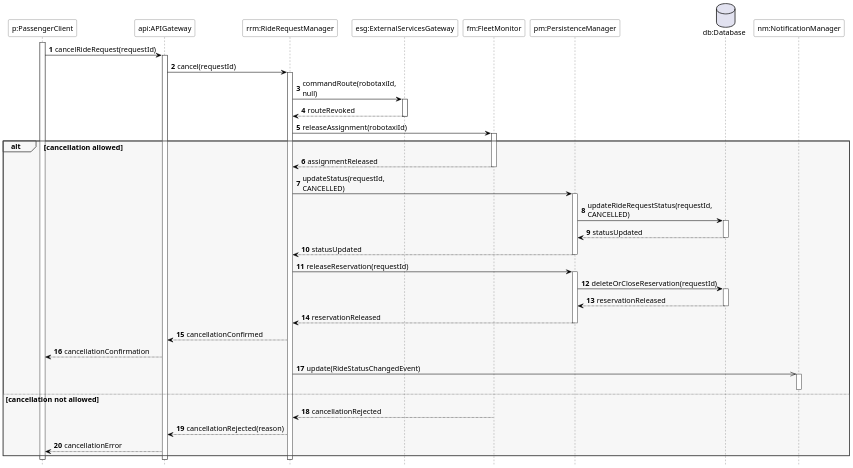
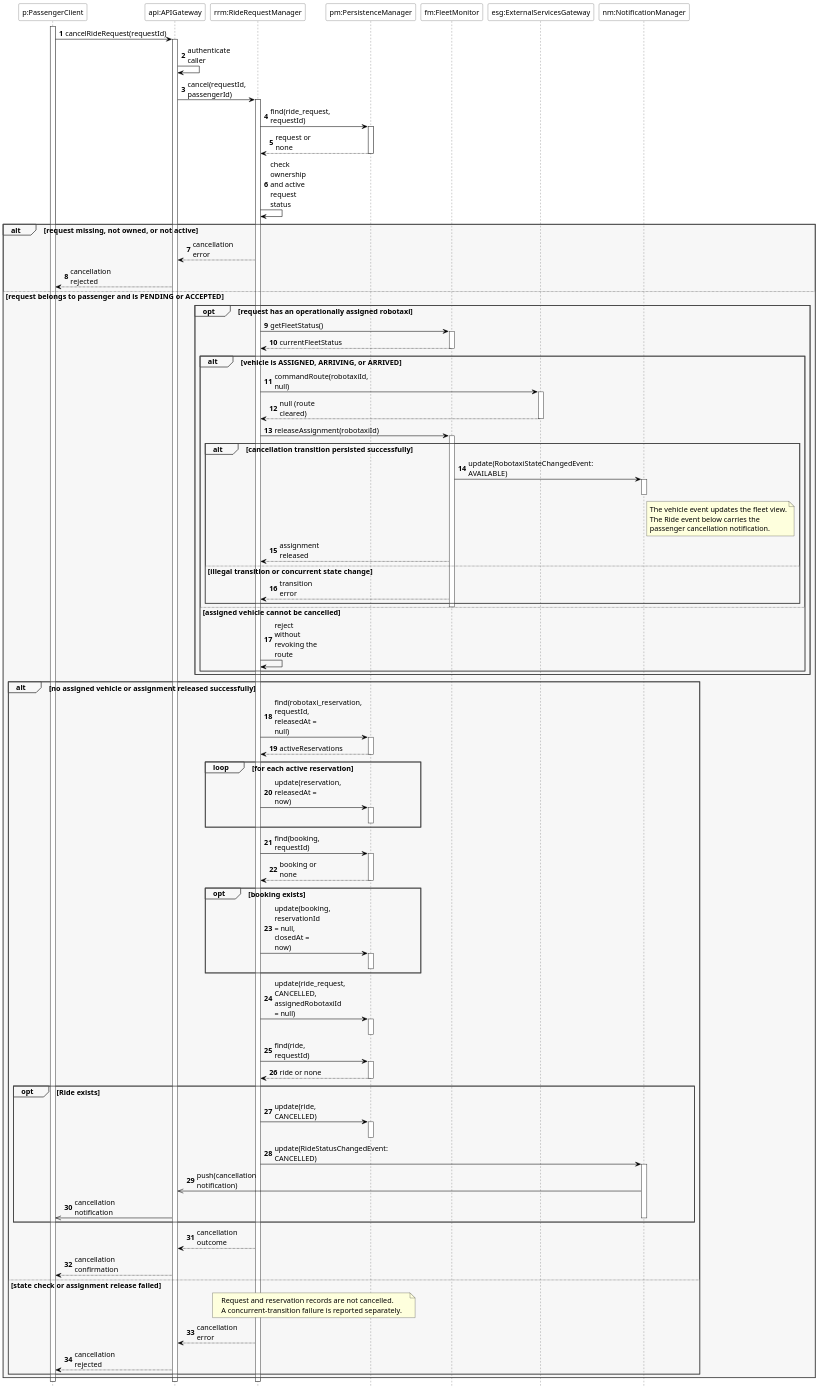
One commit to meggie-0/SE4A_ROAd_MargheritaBertipaglia_DavidCazzaniga_PasqualeIgnarra_Project changed the diagram in DD/diagrams/sequence_diagrams/cancellation.puml. Above: the diagram before and after it, drawn with PlantUML. The commit also changed 45 other files, not shown here.

```diff
--- a/DD/diagrams/sequence_diagrams/cancellation.puml
+++ b/DD/diagrams/sequence_diagrams/cancellation.puml
@@ -1,118 +1,160 @@
 @startuml
 
 skinparam backgroundColor white
 skinparam shadowing false
 skinparam defaultFontName Arial
 skinparam defaultFontSize 14
 skinparam dpi 150
 skinparam maxMessageSize 90
 
 skinparam sequence {
     ArrowColor black
     LifeLineBorderColor #444444
     LifeLineBackgroundColor white
-
     ParticipantBorderColor #444444
     ParticipantBackgroundColor white
     ParticipantFontColor black
-
     GroupBorderColor #444444
     GroupBackgroundColor #F7F7F7
-
     DividerBorderColor #444444
     DividerBackgroundColor #F2F2F2
 }
 
 <style>
 sequenceDiagram {
   participant {
     Padding 20
   }
-
   group {
     Padding 10
     BackgroundColor #F7F7F7
     LineColor #444444
   }
-
   lifeLine {
     LineColor #444444
     BackgroundColor white
   }
-
   arrow {
     LineColor black
   }
 }
 </style>
 
 hide footbox
 autonumber
 
+' Component-level view: arguments and returned DTOs are abbreviated.
+' PersistenceManager includes database access; its internal SQL is omitted.
+' Internal helper work is grouped under the component that owns it.
+' Calls to update(event) include subject notification where applicable.
+' WebSocket delivery uses the sessions registered by the API Gateway.
+
 participant "p:PassengerClient" as P
 participant "api:APIGateway" as API
 participant "rrm:RideRequestManager" as RRM
+participant "pm:PersistenceManager" as PM
+participant "fm:FleetMonitor" as FM
 participant "esg:ExternalServicesGateway" as ESG
-participant "fm:FleetMonitor" as FM
-participant "pm:PersistenceManager" as PM
-database "db:Database" as DB
 participant "nm:NotificationManager" as NM
 
 activate P
-
 P -> API : cancelRideRequest(requestId)
 activate API
+API -> API : authenticate caller
+API -> RRM : cancel(requestId, passengerId)
+activate RRM
+RRM -> PM : find(ride_request, requestId)
+activate PM
+PM --> RRM : request or none
+deactivate PM
+RRM -> RRM : check ownership and active request status
 
-API -> RRM : cancel(requestId)
-activate RRM
+alt request missing, not owned, or not active
+    RRM --> API : cancellation error
+    API --> P : cancellation rejected
+else request belongs to passenger and is PENDING or ACCEPTED
+    opt request has an operationally assigned robotaxi
+        RRM -> FM : getFleetStatus()
+        activate FM
+        FM --> RRM : currentFleetStatus
+        deactivate FM
 
-RRM -> ESG : commandRoute(robotaxiId, null)
-activate ESG
-ESG --> RRM : routeRevoked
-deactivate ESG
+        alt vehicle is ASSIGNED, ARRIVING, or ARRIVED
+            RRM -> ESG : commandRoute(robotaxiId, null)
+            activate ESG
+            ESG --> RRM : null (route cleared)
+            deactivate ESG
+            RRM -> FM : releaseAssignment(robotaxiId)
+            activate FM
+            alt cancellation transition persisted successfully
+                FM -> NM : update(RobotaxiStateChangedEvent: AVAILABLE)
+                activate NM
+                note right of NM
+                    The vehicle event updates the fleet view.
+                    The Ride event below carries the
+                    passenger cancellation notification.
+                end note
+                deactivate NM
+                FM --> RRM : assignment released
+            else illegal transition or concurrent state change
+                FM --> RRM : transition error
+            end
+            deactivate FM
+        else assigned vehicle cannot be cancelled
+            RRM -> RRM : reject without revoking the route
+        end
+    end
 
-RRM -> FM : releaseAssignment(robotaxiId)
-activate FM
-
-alt cancellation allowed
-    FM --> RRM : assignmentReleased
-    deactivate FM
-
-    RRM -> PM : updateStatus(requestId, CANCELLED)
-    activate PM
-    PM -> DB : updateRideRequestStatus(requestId, CANCELLED)
-    activate DB
-    DB --> PM : statusUpdated
-    deactivate DB
-    PM --> RRM : statusUpdated
-    deactivate PM
-
-    RRM -> PM : releaseReservation(requestId)
-    activate PM
-    PM -> DB : deleteOrCloseReservation(requestId)
-    activate DB
-    DB --> PM : reservationReleased
-    deactivate DB
-    PM --> RRM : reservationReleased
-    deactivate PM
-
-    RRM --> API : cancellationConfirmed
-    API --> P : cancellationConfirmation
-
-    RRM ->> NM : update(RideStatusChangedEvent)
-    activate NM
-    deactivate NM
-
-else cancellation not allowed
-    FM --> RRM : cancellationRejected
-    deactivate FM
-
-    RRM --> API : cancellationRejected(reason)
-    API --> P : cancellationError
+    alt no assigned vehicle or assignment released successfully
+        RRM -> PM : find(robotaxi_reservation, requestId, releasedAt = null)
+        activate PM
+        PM --> RRM : activeReservations
+        deactivate PM
+        loop for each active reservation
+            RRM -> PM : update(reservation, releasedAt = now)
+            activate PM
+            deactivate PM
+        end
+        RRM -> PM : find(booking, requestId)
+        activate PM
+        PM --> RRM : booking or none
+        deactivate PM
+        opt booking exists
+            RRM -> PM : update(booking, reservationId = null, closedAt = now)
+            activate PM
+            deactivate PM
+        end
+        RRM -> PM : update(ride_request, CANCELLED, assignedRobotaxiId = null)
+        activate PM
+        deactivate PM
+        RRM -> PM : find(ride, requestId)
+        activate PM
+        PM --> RRM : ride or none
+        deactivate PM
+        opt Ride exists
+            RRM -> PM : update(ride, CANCELLED)
+            activate PM
+            deactivate PM
+            RRM -> NM : update(RideStatusChangedEvent: CANCELLED)
+            activate NM
+            NM ->> API : push(cancellation notification)
+            API ->> P : cancellation notification
+            deactivate NM
+        end
+        RRM --> API : cancellation outcome
+        API --> P : cancellation confirmation
+    else state check or assignment release failed
+        note over RRM, PM
+            Request and reservation records are not cancelled.
+            A concurrent-transition failure is reported separately.
+        end note
+        RRM --> API : cancellation error
+        API --> P : cancellation rejected
+    end
 end
 
 deactivate RRM
 deactivate API
 deactivate P
 
 @enduml
```
